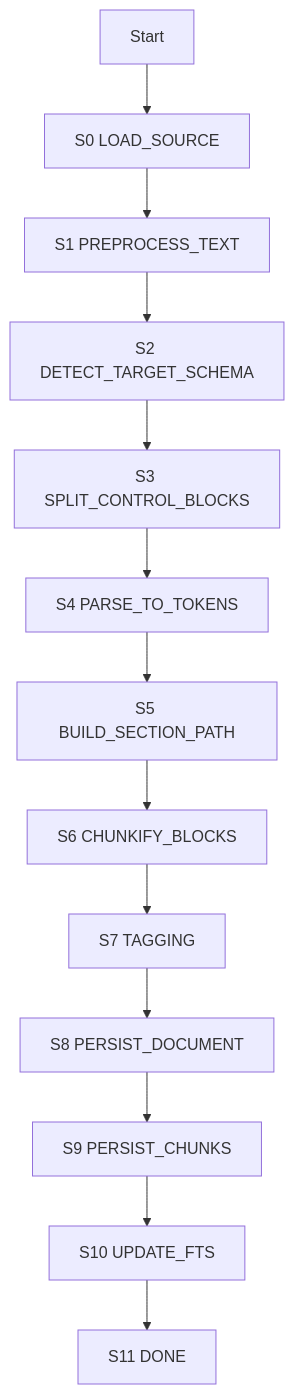
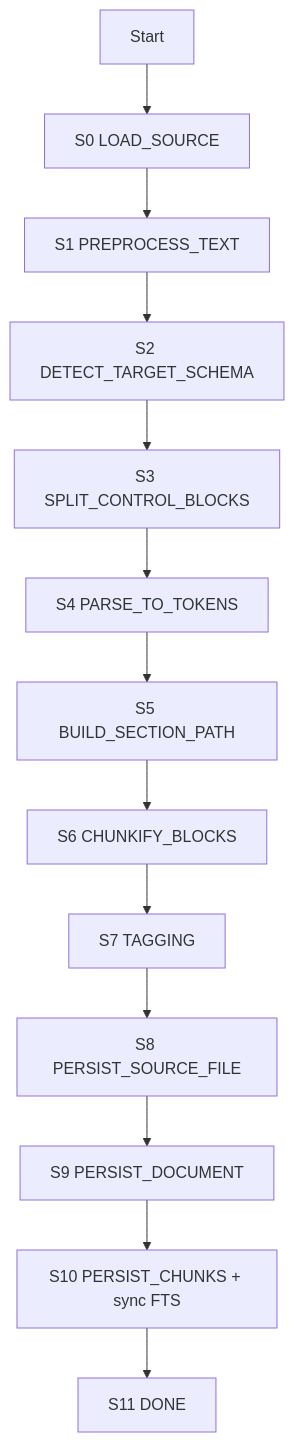
Before and after one commit to vzateychuk/fsm: the diagram in docs/concept/fsm-pipeline-docs-chunks-tags-store.md, drawn with Mermaid. The commit also changed other lines of this file and 21 other files, not shown here.

````diff
--- a/docs/concept/fsm-pipeline-docs-chunks-tags-store.md
+++ b/docs/concept/fsm-pipeline-docs-chunks-tags-store.md
@@ -25,15 +25,15 @@
 ```mermaid
 flowchart TD
   A[Start] --> S0[S0 LOAD_SOURCE]
   S0 --> S1[S1 PREPROCESS_TEXT]
   S1 --> S2[S2 DETECT_TARGET_SCHEMA]
   S2 --> S3[S3 SPLIT_CONTROL_BLOCKS]
   S3 --> S4[S4 PARSE_TO_TOKENS]
   S4 --> S5[S5 BUILD_SECTION_PATH]
   S5 --> S6[S6 CHUNKIFY_BLOCKS]
   S6 --> S7[S7 TAGGING]
-  S7 --> S8[S8 PERSIST_DOCUMENT]
-  S8 --> S9[S9 PERSIST_CHUNKS]
-  S9 --> S10[S10 UPDATE_FTS]
+  S7 --> S8[S8 PERSIST_SOURCE_FILE]
+  S8 --> S9[S9 PERSIST_DOCUMENT]
+  S9 --> S10[S10 PERSIST_CHUNKS + sync FTS]
   S10 --> S11[S11 DONE]
 ```
````
